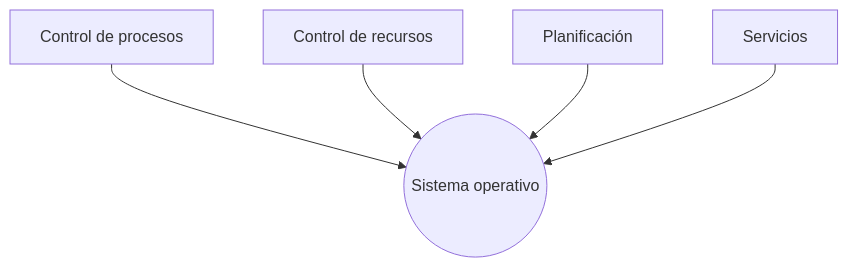
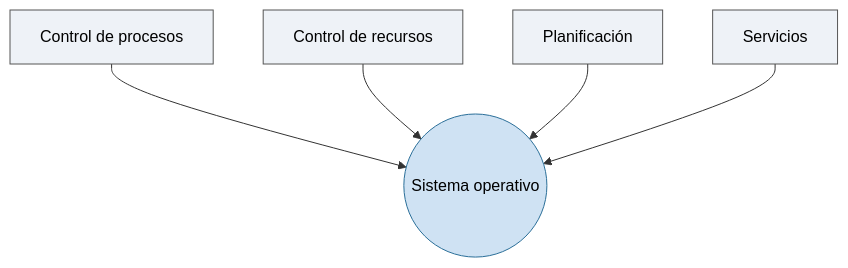
One commit to asiermarzo/ssoo changed the first of 6 diagrams in TEORIA/01-introduccion-a-los-sistemas-operativos/README.md. Above: the diagram before and after it, drawn with Mermaid. The commit also changed other lines of this file and 25 other files, not shown here.

Commit message:
refinado de diagramas mermaid y svg

````diff
--- a/TEORIA/01-introduccion-a-los-sistemas-operativos/README.md
+++ b/TEORIA/01-introduccion-a-los-sistemas-operativos/README.md
@@ -20,7 +20,12 @@
 ```mermaid
 flowchart TD
     CP[Control de procesos] --> SO((Sistema operativo))
     CR[Control de recursos] --> SO
     PL[Planificación] --> SO
     SV[Servicios] --> SO
+
+    classDef core fill:#cfe2f3,stroke:#2b6f99,color:#000;
+    classDef func fill:#eef2f7,stroke:#555,color:#000;
+    class SO core;
+    class CP,CR,PL,SV func;
 ```
````
